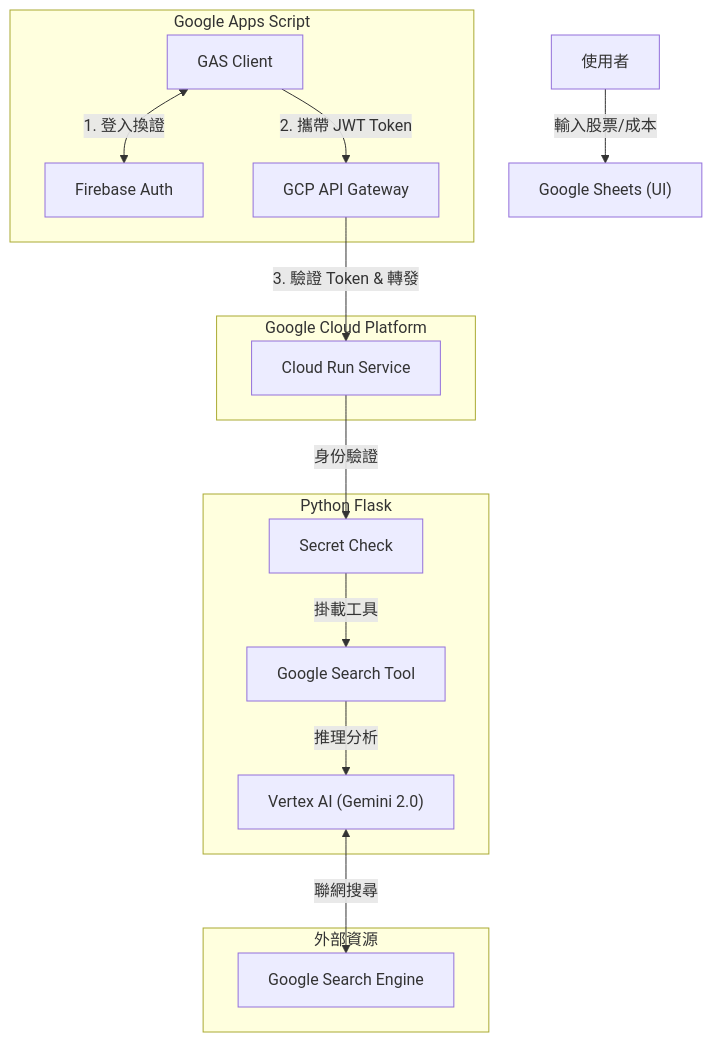
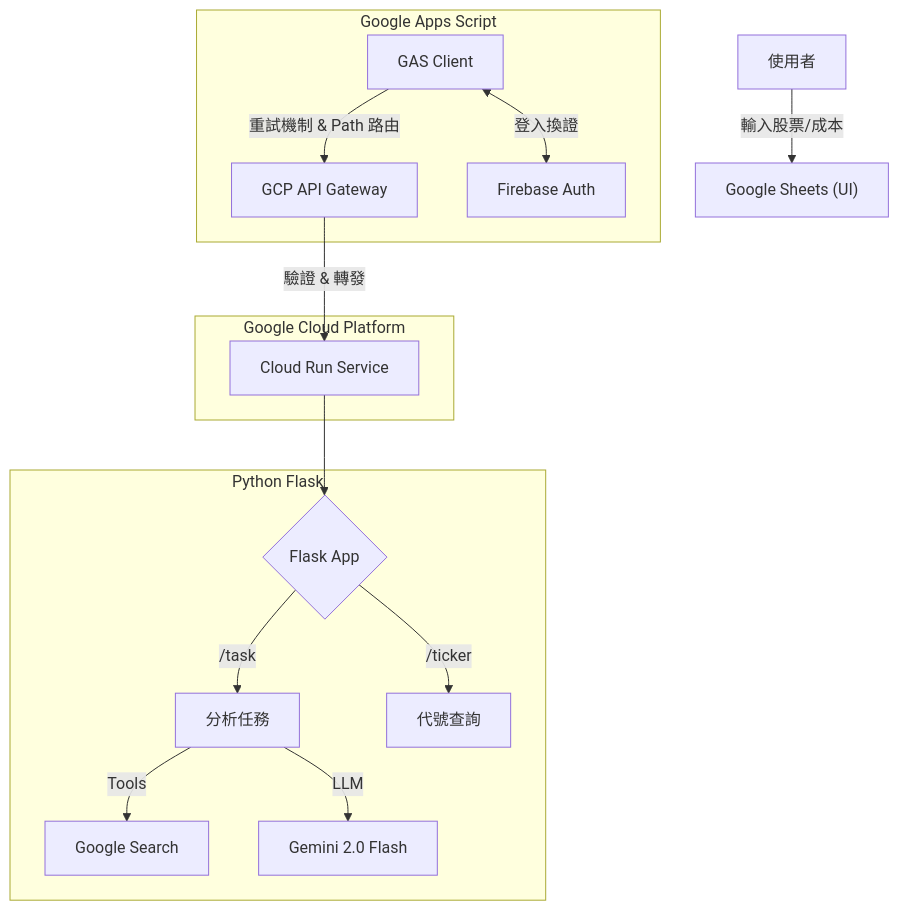
The diagram in README.md (DinoChang0926/daily-gemini-task), drawn with Mermaid before and after one commit. The commit also changed other lines of this file and 3 other files, not shown here.

First line of the commit message:
feat: 實作股票代號查詢 API 與前端重試機制，並遷移後端至 Flask 架構

````diff
--- a/README.md
+++ b/README.md
@@ -17,23 +15,21 @@
 ```mermaid
 graph TD
     User[使用者] -->|輸入股票/成本| Sheet["Google Sheets (UI)"]
     
     subgraph Frontend [Google Apps Script]
-        GAS[GAS Client] <-->|1. 登入換證| Firebase[Firebase Auth]
-        GAS -->|2. 攜帶 JWT Token| Gateway[GCP API Gateway]
+        GAS[GAS Client] -->|重試機制 & Path 路由| Gateway
+        GAS <-->|登入換證| Firebase[Firebase Auth]
     end
     
     subgraph Security Layer [Google Cloud Platform]
-        Gateway -->|3. 驗證 Token & 轉發| CloudRun[Cloud Run Service]
+        Gateway[GCP API Gateway] -->|驗證 & 轉發| CloudRun[Cloud Run Service]
     end
     
     subgraph Backend [Python Flask]
-        CloudRun -->|身份驗證| Auth[Secret Check]
-        Auth -->|掛載工具| Tool[Google Search Tool]
-        Tool -->|推理分析| Vertex["Vertex AI (Gemini 2.0)"]
-    end
-    
-    subgraph External [外部資源]
-        Vertex <-->|聯網搜尋| GoogleSearch[Google Search Engine]
+        CloudRun --> Flask{Flask App}
+        Flask -->|/task| GeminiTask[分析任務]
+        Flask -->|/ticker| TickerLookup[代號查詢]
+        GeminiTask -->|Tools| GoogleSearch[Google Search]
+        GeminiTask -->|LLM| VertexAI[Gemini 2.0 Flash]
     end
 ```
````
